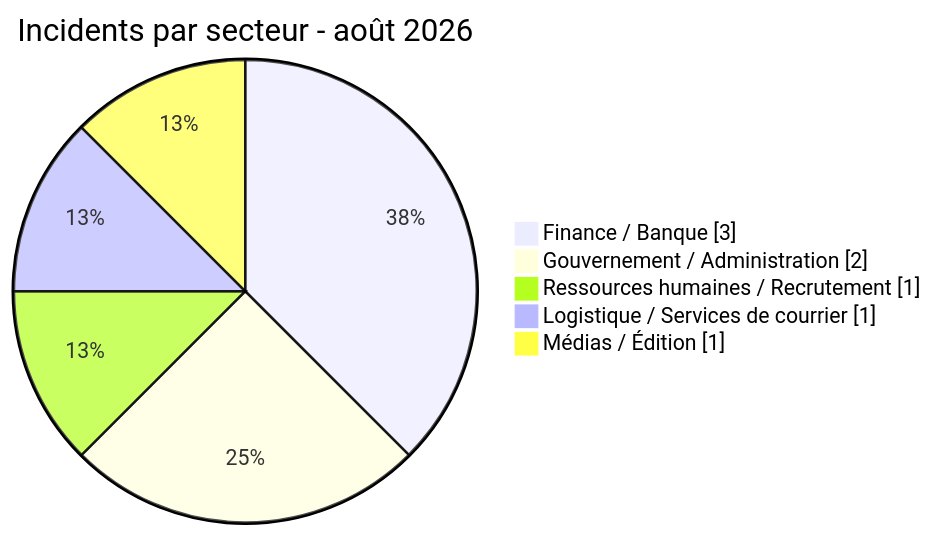
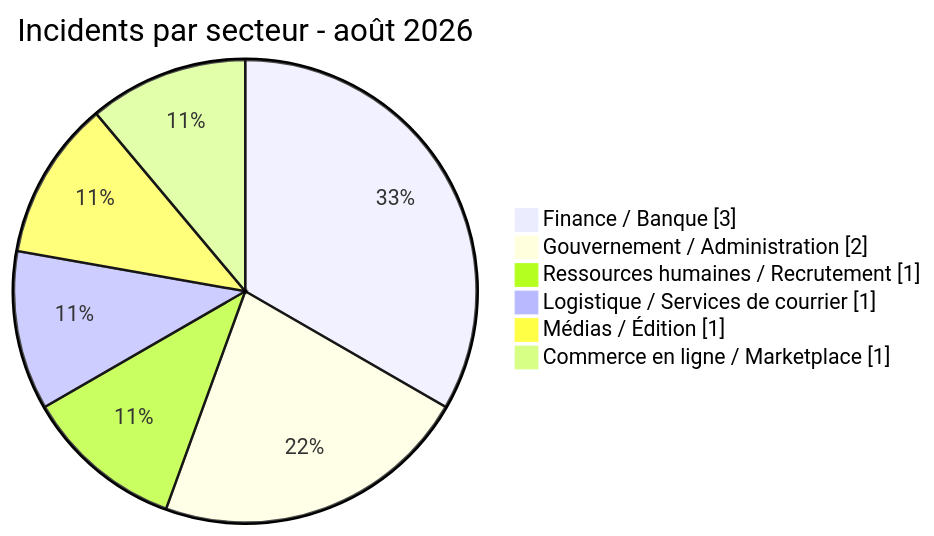
The second of 2 diagrams in CyberAttackAfrica/2026/08-august/README_FR.md (Hatchepsoute/AFRINTEL), drawn with Mermaid before and after one commit. The commit also changed other lines of this file and 4 other files, not shown here.

````diff
--- a/CyberAttackAfrica/2026/08-august/README_FR.md
+++ b/CyberAttackAfrica/2026/08-august/README_FR.md
@@ -98,9 +99,10 @@
 ```mermaid
 pie showData
 title Incidents par secteur - août 2026
 "Finance / Banque" : 3
 "Gouvernement / Administration" : 2
 "Ressources humaines / Recrutement" : 1
 "Logistique / Services de courrier" : 1
 "Médias / Édition" : 1
+"Commerce en ligne / Marketplace" : 1
 ```
````
